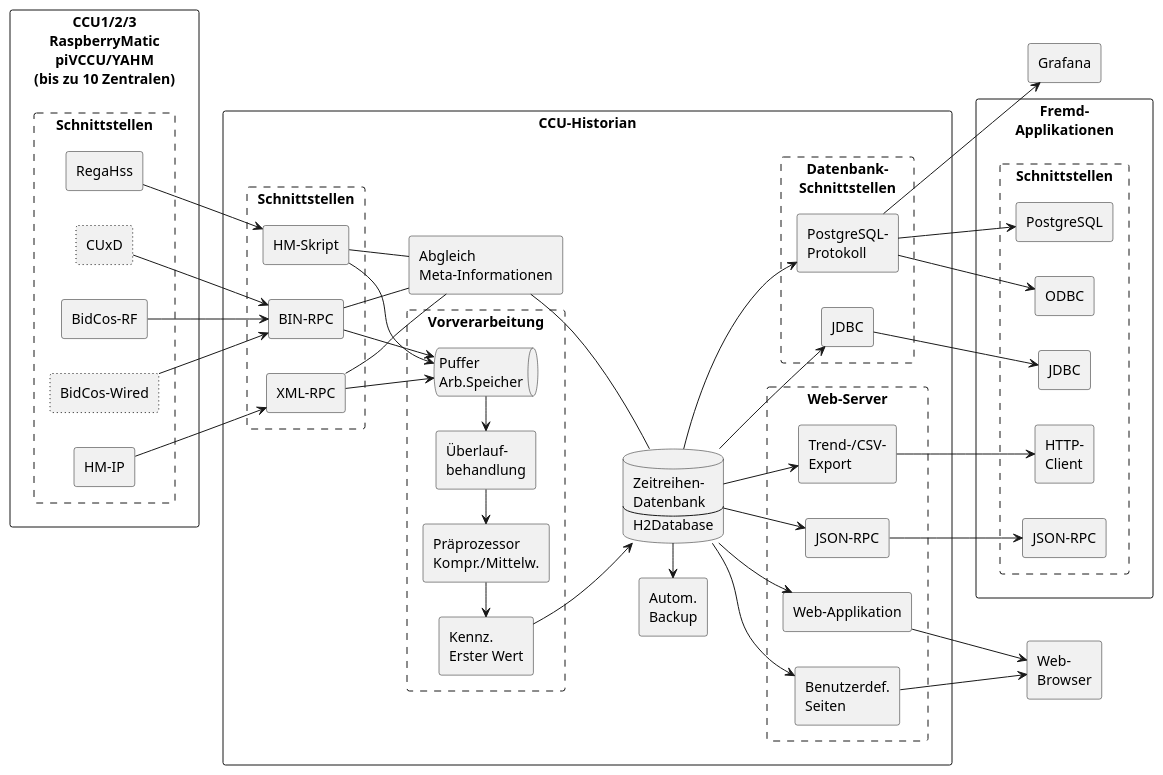
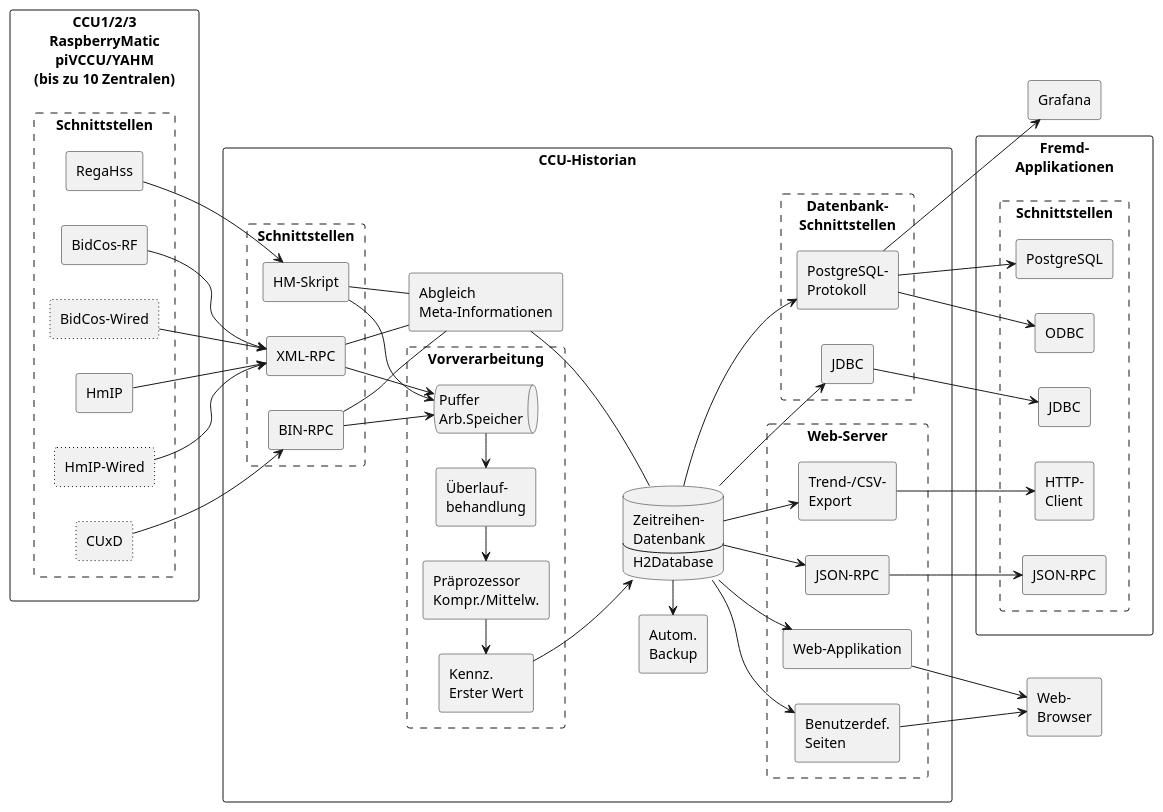
The diagram in doc/ccu-historian-overview.plantuml (mdzio/ccu-historian), drawn with PlantUML before and after one commit. The commit also changed 1 other file, not shown here.

Commit message:
updated block schematic

```diff
--- a/doc/ccu-historian-overview.plantuml
+++ b/doc/ccu-historian-overview.plantuml
@@ -1,103 +1,105 @@
 @startuml
 left to right direction
 
 rectangle "CCU1/2/3\nRaspberryMatic\npiVCCU/YAHM\n(bis zu 10 Zentralen)" {
   rectangle "Schnittstellen" as ccuitf #line.dashed {
     rectangle "RegaHss" as regahss
     rectangle "BidCos-RF" as bidcosrf
     rectangle "BidCos-Wired" as bidcoswired #line.dotted
+    rectangle "HmIP" as hmip
+    rectangle "HmIP-Wired" as hmipwired #line.dotted
     rectangle "CUxD" as cuxd #line.dotted
-    rectangle "HM-IP" as hmip
   }
 }
 
 rectangle "CCU-Historian" {
   rectangle "Schnittstellen" #line.dashed {
     rectangle "HM-Skript" as hmskript
+    rectangle "XML-RPC" as xmlrpc
     rectangle "BIN-RPC" as binrpc
-    rectangle "XML-RPC" as xmlrpc
   }
 
   regahss --> hmskript
-  bidcosrf --> binrpc
-  bidcoswired --> binrpc
+  bidcosrf --> xmlrpc
+  bidcoswired --> xmlrpc
   hmip --> xmlrpc
+  hmipwired --> xmlrpc
   cuxd --> binrpc
 
   rectangle "Abgleich\nMeta-Informationen" as abglmeta
   hmskript -- abglmeta
   binrpc -- abglmeta
   xmlrpc -- abglmeta
 
   database db [
     Zeitreihen-
     Datenbank
     ---
     H2Database
   ]
   abglmeta -- db
 
   rectangle "Autom.\nBackup" as backup
   backup <- db
 
   rectangle "Vorverarbeitung" #line.dashed {
     queue "Puffer\nArb.Speicher" as puffer
     hmskript --> puffer
     binrpc --> puffer
     xmlrpc --> puffer
 
     rectangle "Überlauf-\nbehandlung" as overfl
     overfl <- puffer
 
     rectangle "Präprozessor\nKompr./Mittelw." as preproc
     preproc <- overfl 
 
     rectangle "Kennz.\nErster Wert" as firstar
     firstar <- preproc 
   }
   firstar --> db
 
   rectangle "Datenbank-\nSchnittstellen" #line.dashed {
     rectangle "PostgreSQL-\nProtokoll" as postgresql
     db --> postgresql
 
     rectangle "JDBC" as jdbc
     db --> jdbc
   }
 
   rectangle "Web-Server" #line.dashed {
     rectangle "Web-Applikation" as webapp
     rectangle "Trend-/CSV-\nExport" as export
     rectangle "JSON-RPC" as jsonrpc
     rectangle "Benutzerdef.\nSeiten" as custom
 
     db --> webapp
     db --> export
     db --> custom
     db --> jsonrpc
   }
 }
 
 rectangle "Web-\nBrowser" as webb
 custom --> webb
 webapp --> webb
 
 rectangle "Grafana" as grafana
 postgresql --> grafana
 
 rectangle "Fremd-\nApplikationen" {
   rectangle "Schnittstellen" as appitf #line.dashed {
     rectangle "PostgreSQL" as itfpostgresql
     rectangle "ODBC" as itfodbc
     rectangle "JDBC" as itfjdbc
     rectangle "HTTP-\nClient" as itfhttp
     rectangle "JSON-RPC" as itfjsonrpc
 
     postgresql --> itfpostgresql
     postgresql --> itfodbc
     jdbc --> itfjdbc
     export --> itfhttp
     jsonrpc --> itfjsonrpc
   }
 }
 @enduml
```
